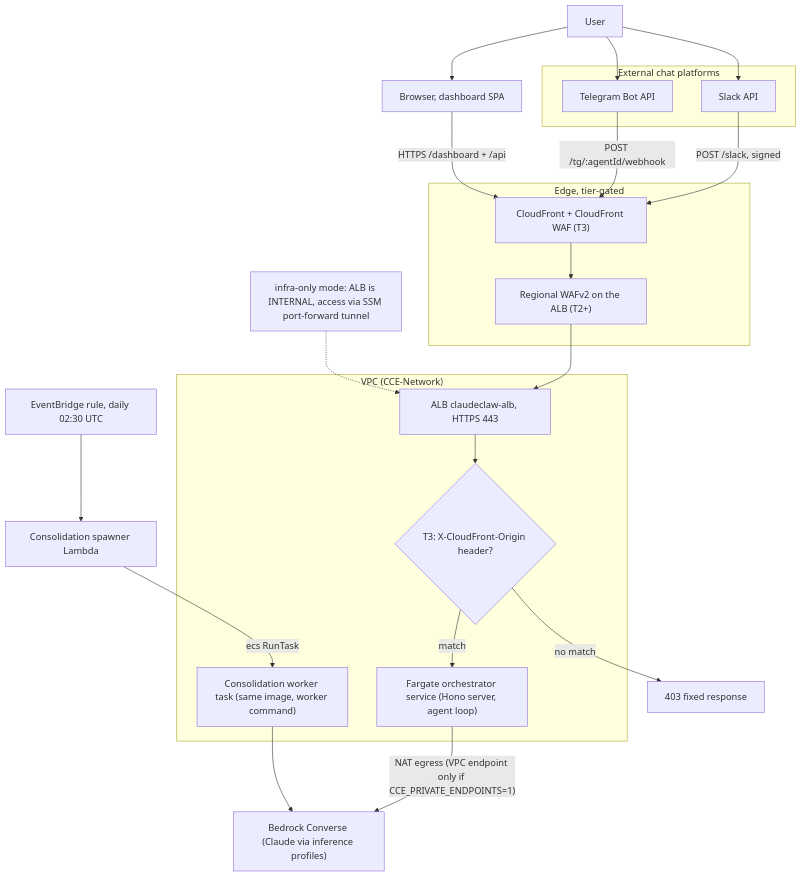
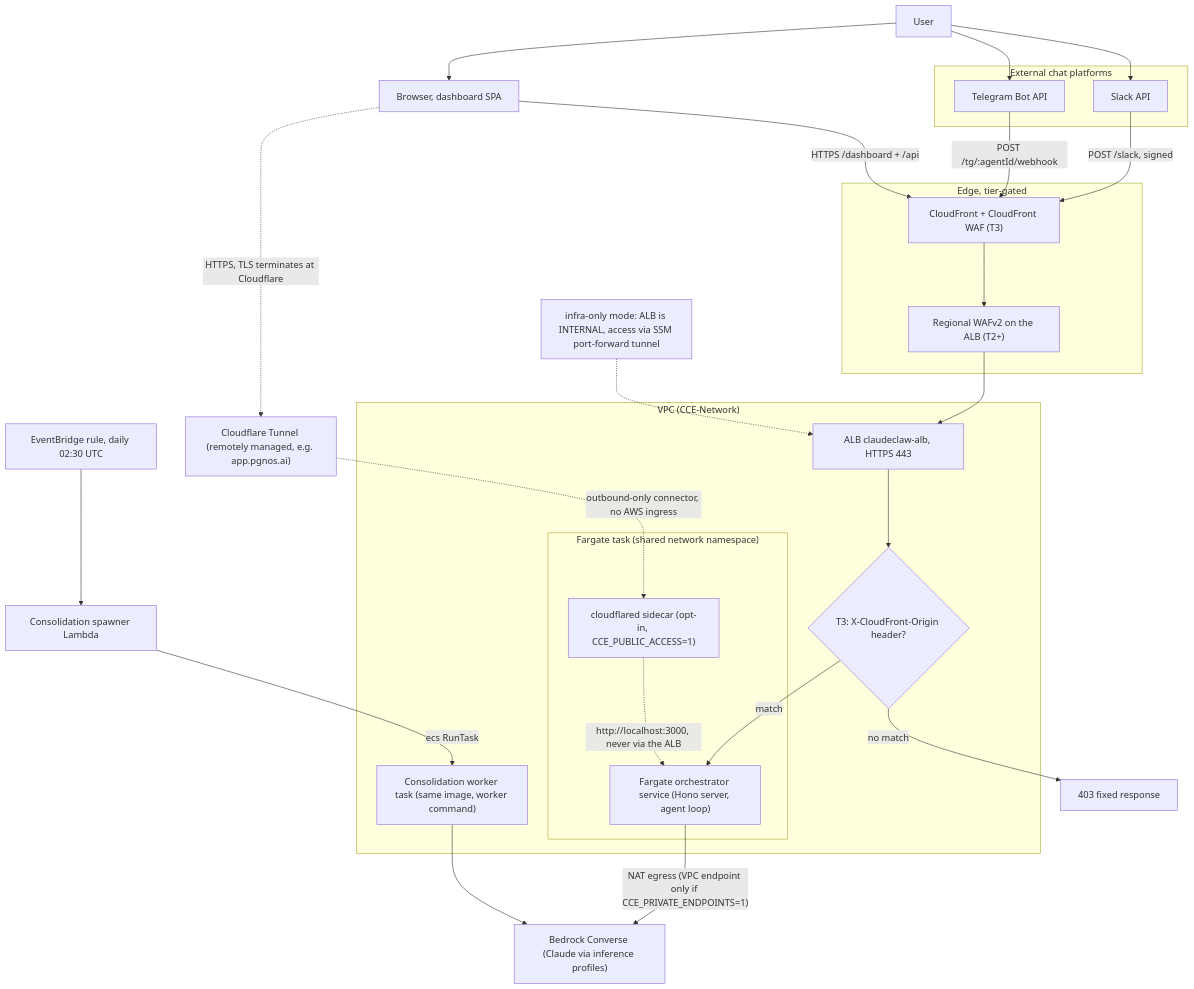
Before and after one commit to Adams-Captial-Holdings-Ltd/Netzer-Labs: the diagram in docs/diagrams/architecture-compute.md, drawn with Mermaid. The commit also changed other lines of this file and 4 other files, not shown here.

First line of the commit message:
docs(diagrams): record the cloudflared sidecar in the compute and security views

````diff
--- a/docs/diagrams/architecture-compute.md
+++ b/docs/diagrams/architecture-compute.md
@@ -6,48 +6,56 @@
 ```mermaid
 flowchart TD
   USER["User"]
 
   subgraph external["External chat platforms"]
     SLACK["Slack API"]
     TG["Telegram Bot API"]
   end
   BROWSER["Browser, dashboard SPA"]
 
   USER --> SLACK
   USER --> TG
   USER --> BROWSER
 
   subgraph edge["Edge, tier-gated"]
     CF["CloudFront + CloudFront WAF (T3)"]
     WAF["Regional WAFv2 on the ALB (T2+)"]
   end
 
   SLACK -->|"POST /slack, signed"| CF
   TG -->|"POST /tg/:agentId/webhook"| CF
   BROWSER -->|"HTTPS /dashboard + /api"| CF
   CF --> WAF
 
   subgraph vpc["VPC (CCE-Network)"]
     ALB["ALB claudeclaw-alb, HTTPS 443"]
     ORIGIN{"T3: X-CloudFront-Origin header?"}
-    SVC["Fargate orchestrator service (Hono server, agent loop)"]
+    subgraph task["Fargate task (shared network namespace)"]
+      SIDECAR["cloudflared sidecar (opt-in, CCE_PUBLIC_ACCESS=1)"]
+      SVC["Fargate orchestrator service (Hono server, agent loop)"]
+    end
     WORKER["Consolidation worker task (same image, worker command)"]
   end
 
   WAF --> ALB
   ALB --> ORIGIN
   ORIGIN -->|"match"| SVC
   ORIGIN -->|"no match"| DENY["403 fixed response"]
 
   SPAWNER["Consolidation spawner Lambda"]
   NIGHTLY["EventBridge rule, daily 02:30 UTC"]
   NIGHTLY --> SPAWNER
   SPAWNER -->|"ecs RunTask"| WORKER
 
   BEDROCK["Bedrock Converse (Claude via inference profiles)"]
   SVC -->|"NAT egress (VPC endpoint only if CCE_PRIVATE_ENDPOINTS=1)"| BEDROCK
   WORKER --> BEDROCK
 
   TUNNEL["infra-only mode: ALB is INTERNAL, access via SSM port-forward tunnel"]
   TUNNEL -.-> ALB
+
+  CFTUNNEL["Cloudflare Tunnel (remotely managed, e.g. app.pgnos.ai)"]
+  BROWSER -.->|"HTTPS, TLS terminates at Cloudflare"| CFTUNNEL
+  CFTUNNEL -.->|"outbound-only connector, no AWS ingress"| SIDECAR
+  SIDECAR -.->|"http://localhost:3000, never via the ALB"| SVC
 ```
````
